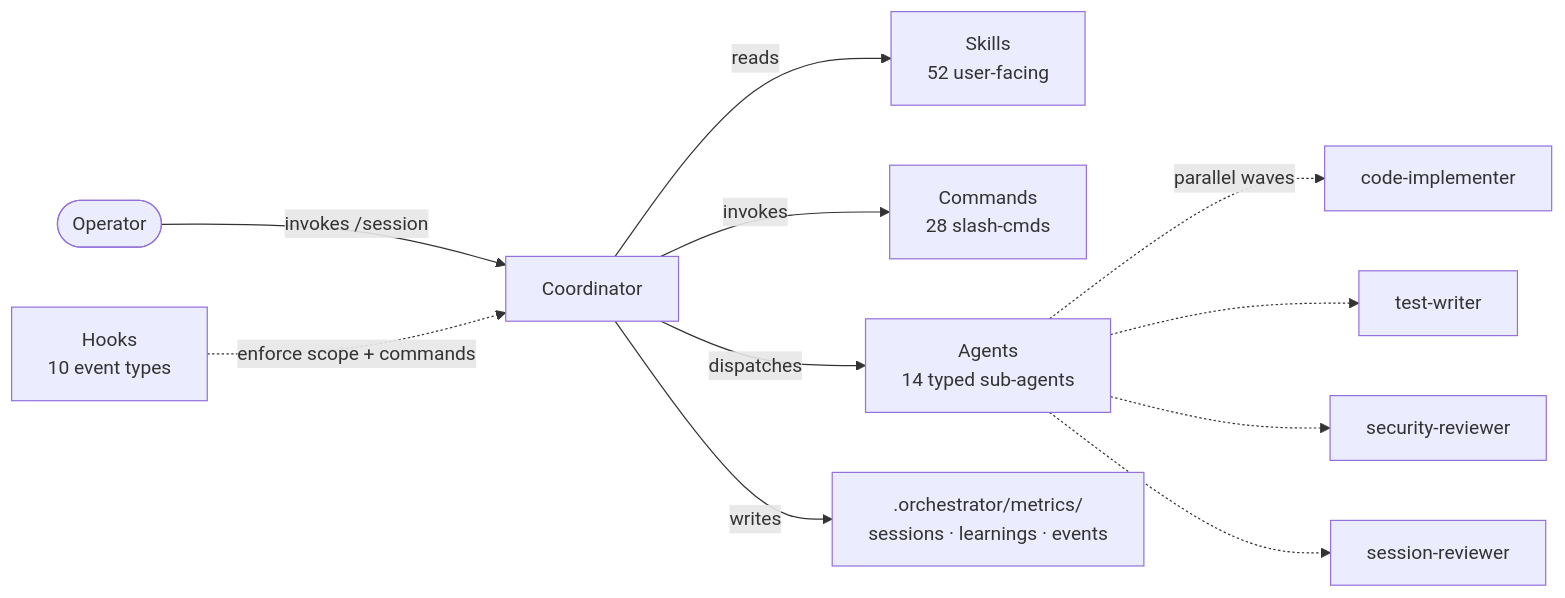
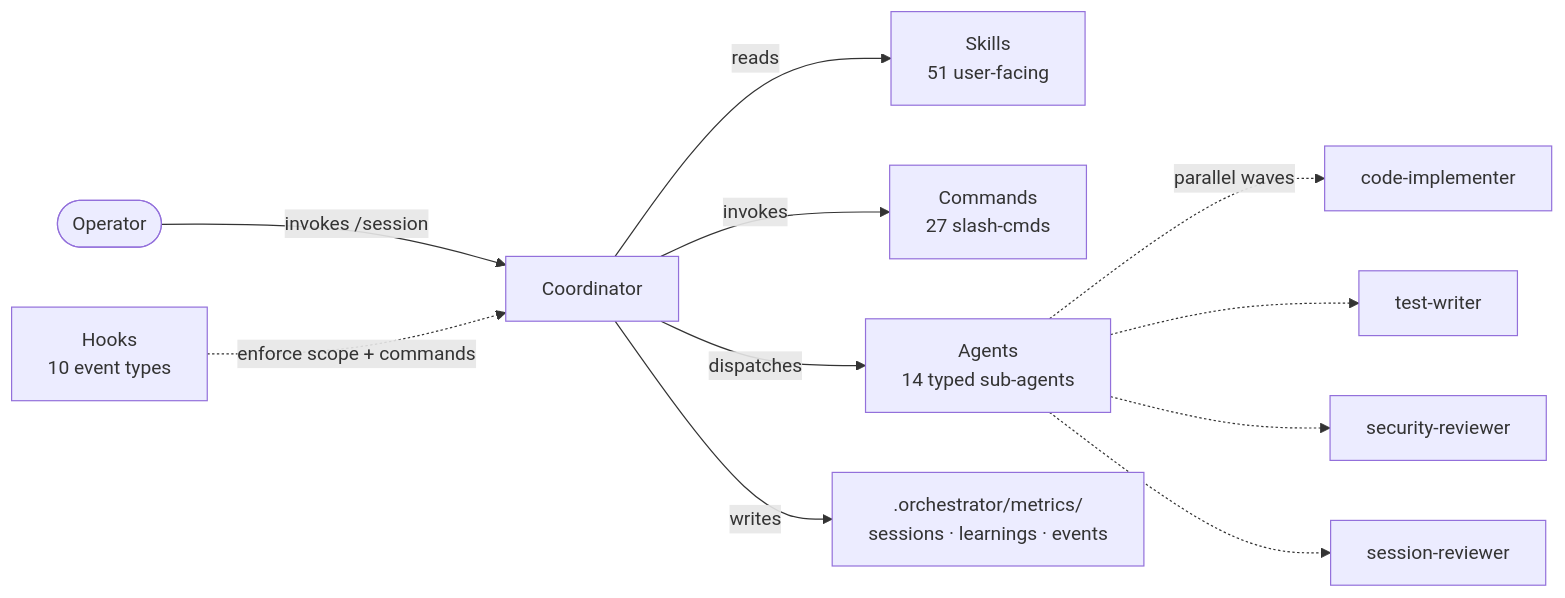
One commit to Kanevry/session-orchestrator changed the diagram in docs/components.md. Above: the diagram before and after it, drawn with Mermaid. The commit also changed other lines of this file and 17 other files, not shown here.

````diff
--- a/docs/components.md
+++ b/docs/components.md
@@ -7,13 +7,13 @@
 ```mermaid
 flowchart LR
     USER([Operator]) -->|invokes /session| COORD[Coordinator]
-    COORD -->|reads| SK[Skills<br/>52 user-facing]
-    COORD -->|invokes| CMD[Commands<br/>28 slash-cmds]
+    COORD -->|reads| SK[Skills<br/>51 user-facing]
+    COORD -->|invokes| CMD[Commands<br/>27 slash-cmds]
     COORD -->|dispatches| AG[Agents<br/>14 typed sub-agents]
     AG -.->|parallel waves| W1[code-implementer]
     AG -.-> W2[test-writer]
     AG -.-> W3[security-reviewer]
     AG -.-> W4[session-reviewer]
     HOOK[Hooks<br/>10 event types] -.->|enforce scope + commands| COORD
     COORD -->|writes| METRIC[.orchestrator/metrics/<br/>sessions · learnings · events]
 ```
````
